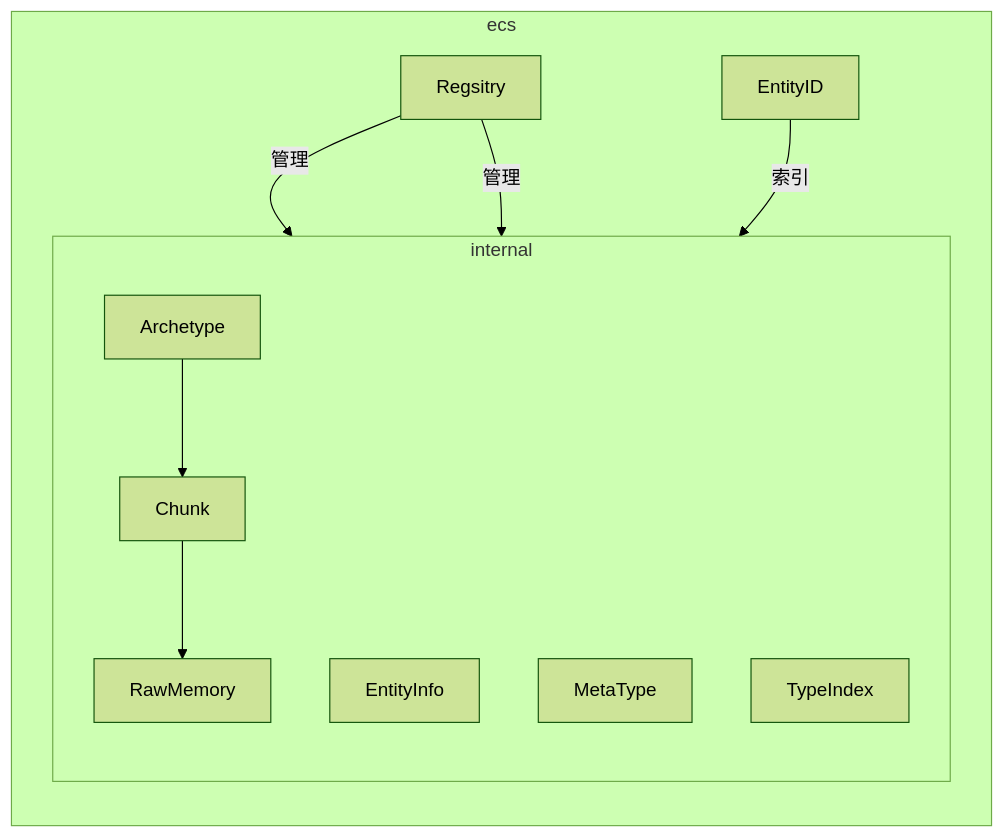
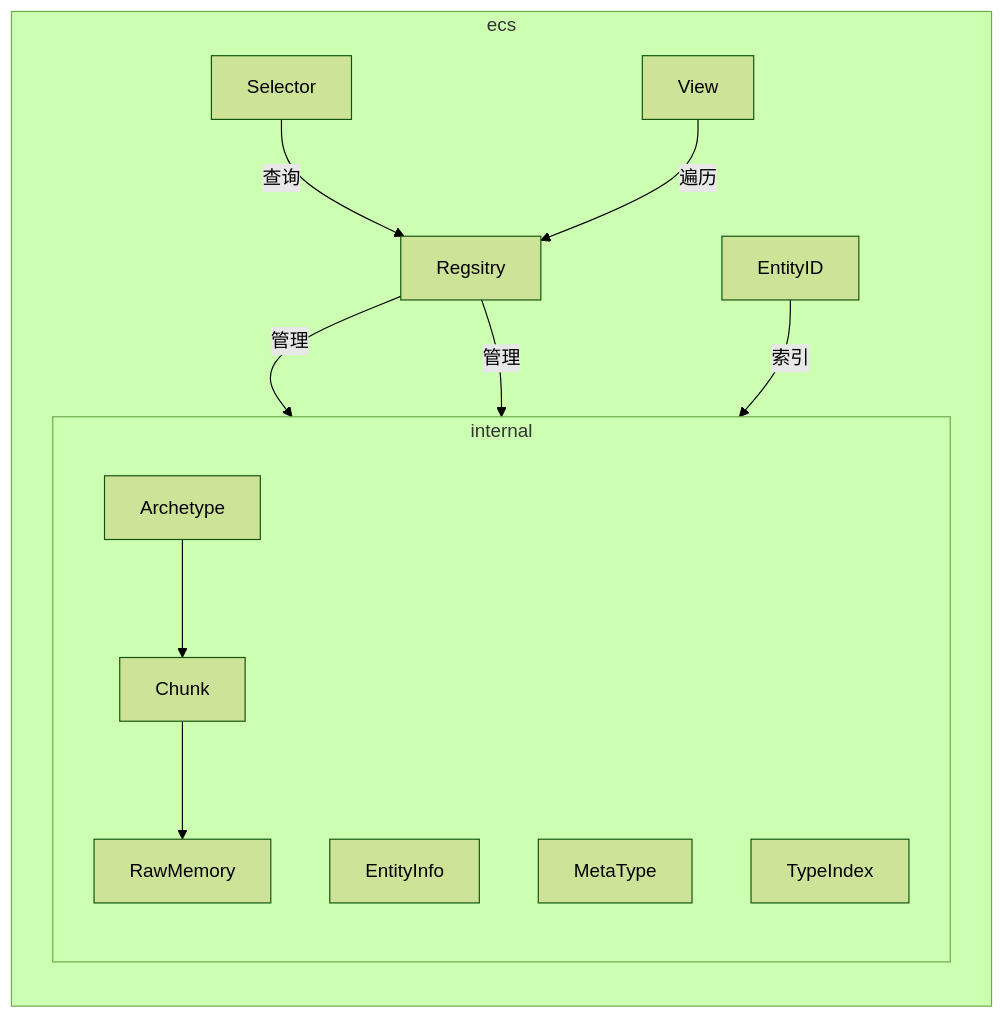
Before and after one commit to AkiyamaZw/neta_note: the diagram in docs/blog/posts/ecs.md, drawn with Mermaid (forest theme). The commit also changed other lines of this file and 3 other files, not shown here.

````diff
--- a/docs/blog/posts/ecs.md
+++ b/docs/blog/posts/ecs.md
@@ -54,24 +52,26 @@
 ```mermaid
 flowchart
-
 
 subgraph ecs
 direction TB
 r["Regsitry"]
 eid["EntityID"]
+s["Selector"]
+v["View"]
+
 r --管理-->Archetype
 r--管理-->einfo
 eid--索引-->einfo
+s--查询-->r
+v--遍历-->r
 
 subgraph internal
 direction TB
 einfo[EntityInfo]
 meta[MetaType]
 ti[TypeIndex]
 Archetype-->Chunk-->RawMemory
-
 end
-
 
 end
 ```
````
